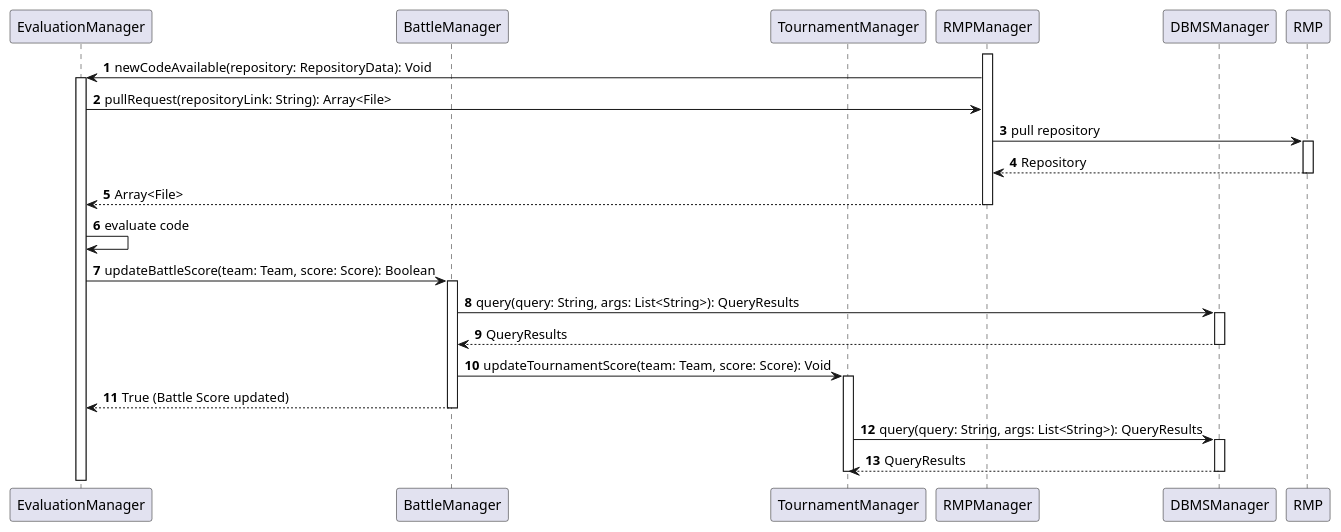
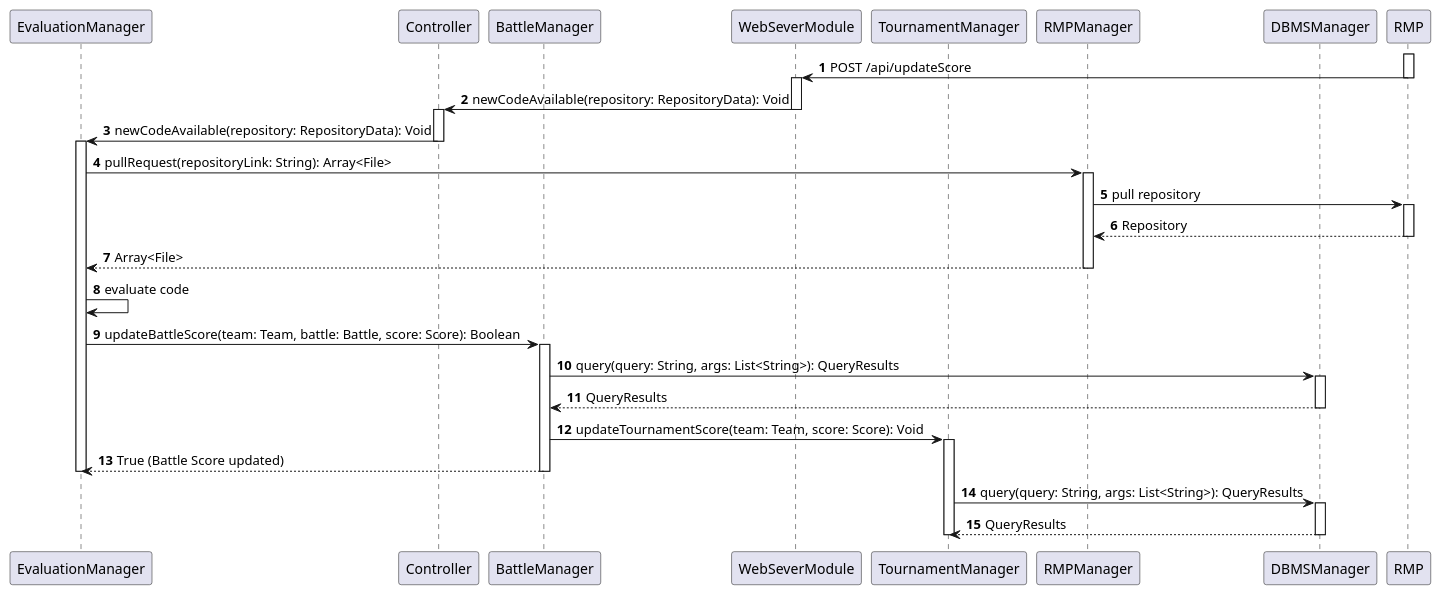
Before and after one commit to Angelo7672/SE2_Requirement-and-Design-Document: the diagram in _DD/Images/sequenceDiagrams/evaluateCode.wsd, drawn with PlantUML. The commit also changed 7 other files, not shown here.

Commit message:
(dd) More Sequence Diagram Tweaks

```diff
--- a/_DD/Images/sequenceDiagrams/evaluateCode.wsd
+++ b/_DD/Images/sequenceDiagrams/evaluateCode.wsd
@@ -1,40 +1,50 @@
 @startuml
 
 autonumber
 
 participant EvaluationManager as EM
+participant Controller as C
 participant BattleManager as BM
+participant WebSeverModule as WS
 participant TournamentManager as TM
-participant RMPManager as RMP
+participant RMPManager as RMPM
 participant DBMSManager as DBMS
-participant RMP as rmpExt
-
+participant RMP as RMP
 
 activate RMP
-RMP -> EM: newCodeAvailable(repository: RepositoryData): Void
+RMP -> WS: POST /api/updateScore
+deactivate RMP
+activate WS
+WS -> C: newCodeAvailable(repository: RepositoryData): Void
+deactivate WS
+activate C
+C -> EM: newCodeAvailable(repository: RepositoryData): Void
+deactivate C
 activate EM
-EM -> RMP: pullRequest(repositoryLink: String): Array<File>
-RMP->rmpExt: pull repository
-activate rmpExt
-rmpExt-->RMP: Repository
-deactivate rmpExt
-RMP --> EM: Array<File>
+EM -> RMPM: pullRequest(repositoryLink: String): Array<File>
+activate RMPM
+RMPM->RMP: pull repository
+activate RMP
+RMP-->RMPM: Repository
 deactivate RMP
+RMPM --> EM: Array<File>
+deactivate RMPM
 EM -> EM: evaluate code
-EM -> BM: updateBattleScore(team: Team, score: Score): Boolean
+EM -> BM: updateBattleScore(team: Team, battle: Battle, score: Score): Boolean
 activate BM
 BM->DBMS: query(query: String, args: List<String>): QueryResults
 activate DBMS
 DBMS-->BM: QueryResults
 deactivate DBMS
 BM -> TM: updateTournamentScore(team: Team, score: Score): Void
 activate TM
 BM --> EM: True (Battle Score updated)
+deactivate EM
 deactivate BM
 TM->DBMS: query(query: String, args: List<String>): QueryResults
 activate DBMS
 DBMS-->TM: QueryResults
 deactivate DBMS
 deactivate TM
 
 @enduml
```
